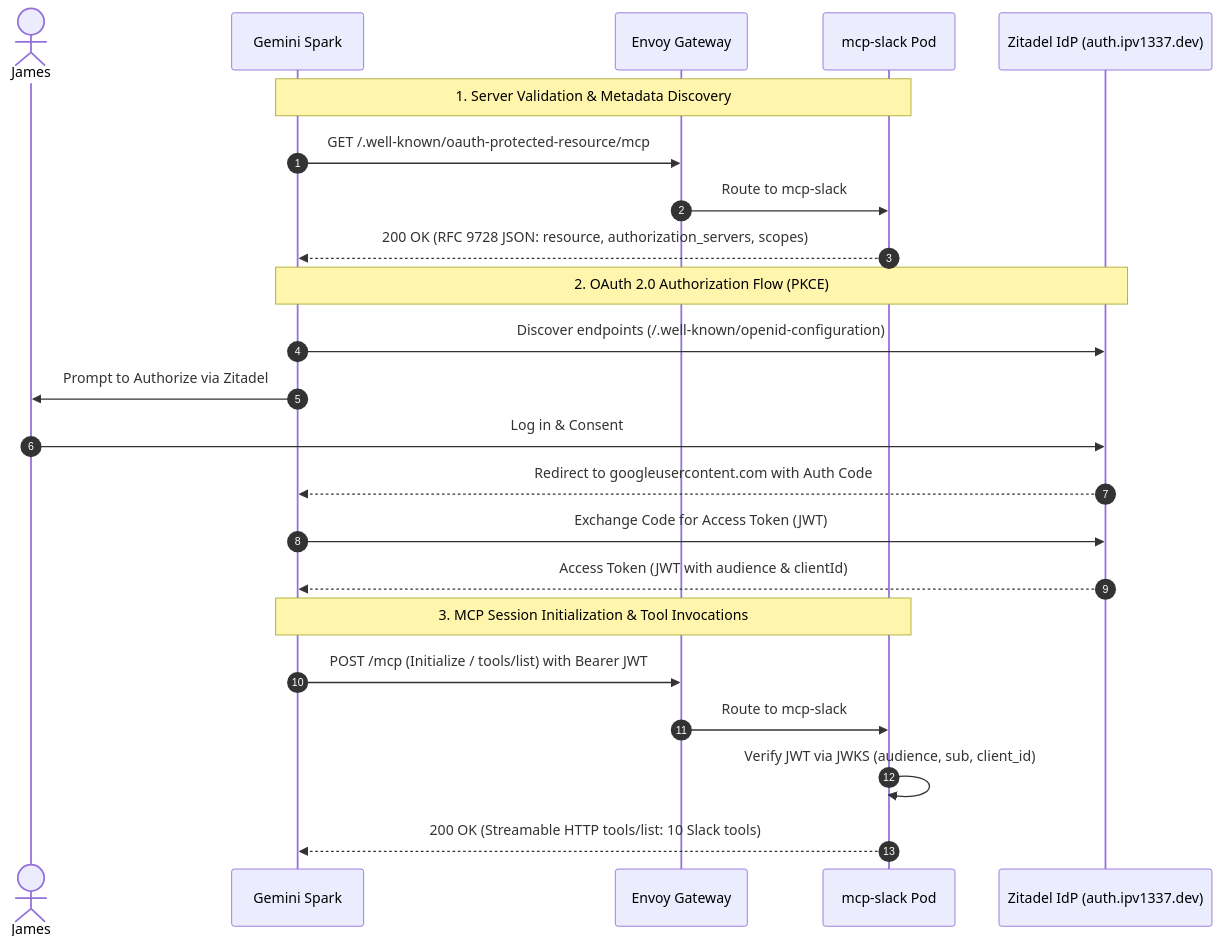
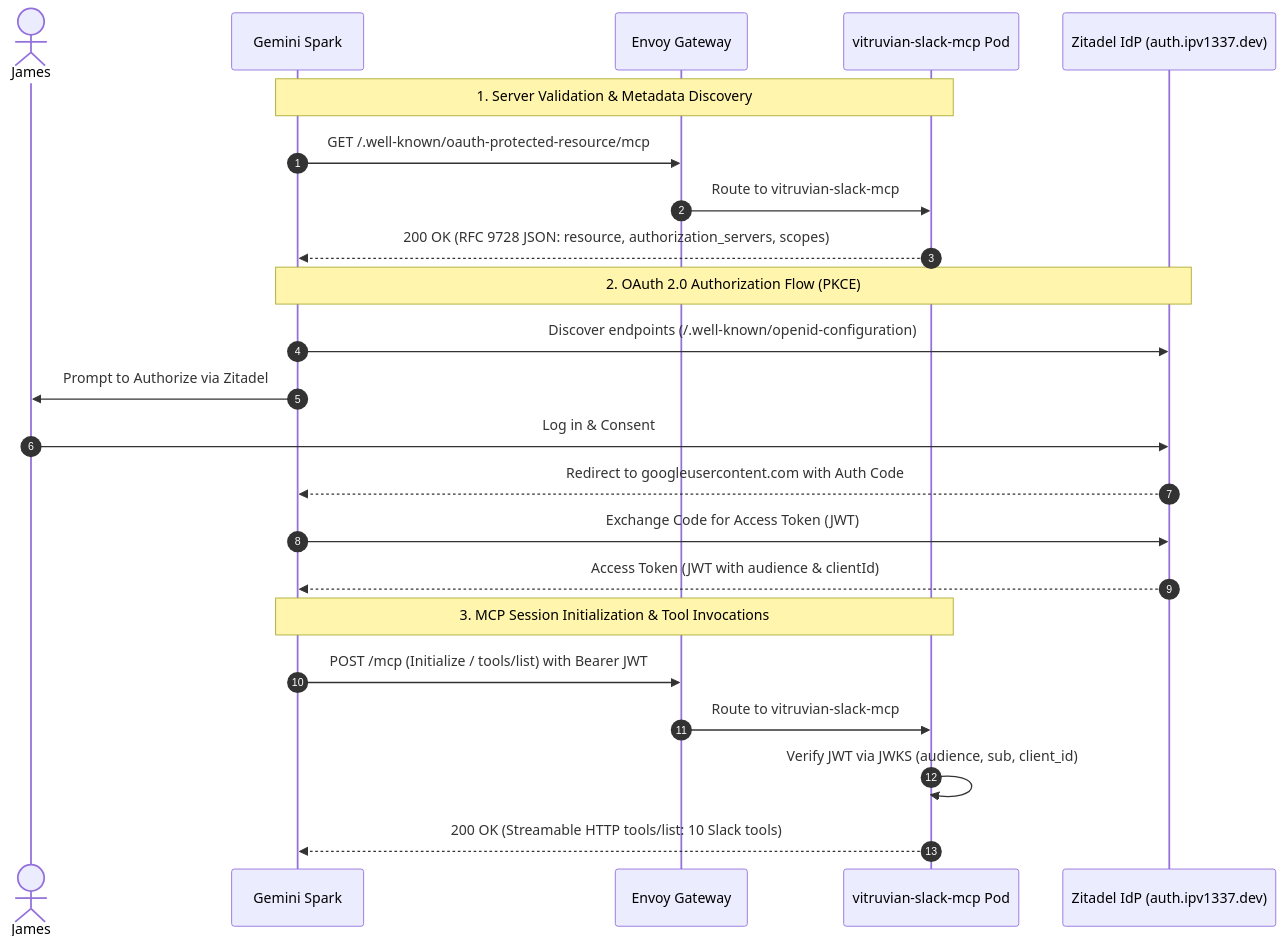
The diagram in docs/plans/implementation_plan.md (VitruvianSoftware/mcp-slack), drawn with Mermaid before and after one commit. The commit also changed other lines of this file and 34 other files, not shown here.

````diff
--- a/docs/plans/implementation_plan.md
+++ b/docs/plans/implementation_plan.md
@@ -28,28 +28,28 @@
 ```mermaid
 sequenceDiagram
     autonumber
     actor User as James
     participant Spark as Gemini Spark
     participant Envoy as Envoy Gateway
-    participant SlackMCP as mcp-slack Pod
+    participant SlackMCP as vitruvian-slack-mcp Pod
     participant Zitadel as Zitadel IdP (auth.ipv1337.dev)
 
     Note over Spark,SlackMCP: 1. Server Validation & Metadata Discovery
     Spark->>Envoy: GET /.well-known/oauth-protected-resource/mcp
-    Envoy->>SlackMCP: Route to mcp-slack
+    Envoy->>SlackMCP: Route to vitruvian-slack-mcp
     SlackMCP-->>Spark: 200 OK (RFC 9728 JSON: resource, authorization_servers, scopes)
 
     Note over Spark,Zitadel: 2. OAuth 2.0 Authorization Flow (PKCE)
     Spark->>Zitadel: Discover endpoints (/.well-known/openid-configuration)
     Spark->>User: Prompt to Authorize via Zitadel
     User->>Zitadel: Log in & Consent
     Zitadel-->>Spark: Redirect to googleusercontent.com with Auth Code
     Spark->>Zitadel: Exchange Code for Access Token (JWT)
     Zitadel-->>Spark: Access Token (JWT with audience & clientId)
 
     Note over Spark,SlackMCP: 3. MCP Session Initialization & Tool Invocations
     Spark->>Envoy: POST /mcp (Initialize / tools/list) with Bearer JWT
-    Envoy->>SlackMCP: Route to mcp-slack
+    Envoy->>SlackMCP: Route to vitruvian-slack-mcp
     SlackMCP->>SlackMCP: Verify JWT via JWKS (audience, sub, client_id)
     SlackMCP-->>Spark: 200 OK (Streamable HTTP tools/list: 10 Slack tools)
 ```
````
